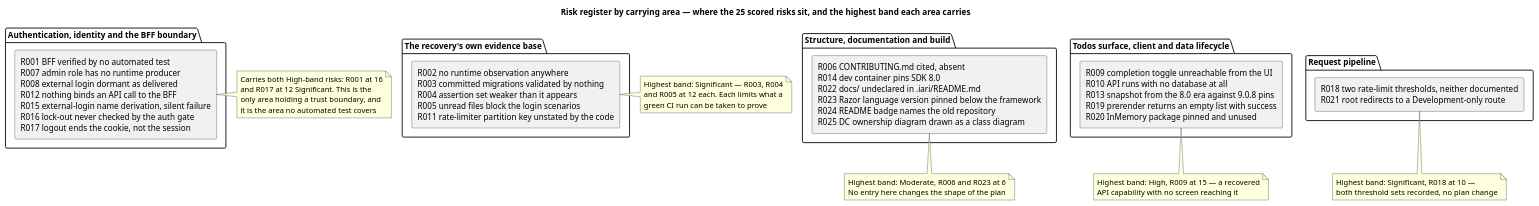
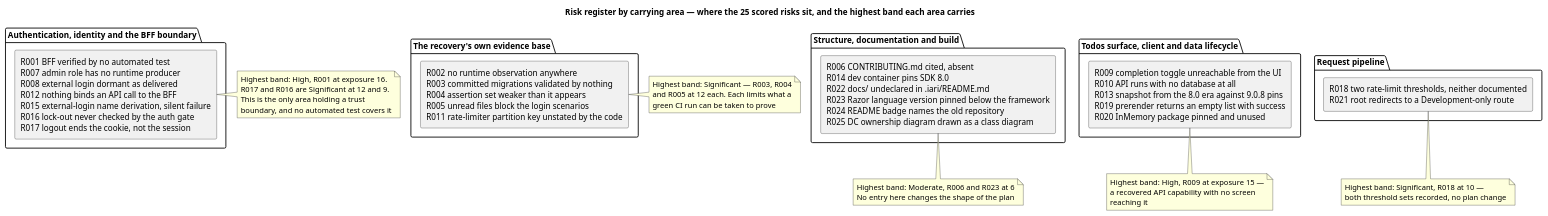
The second of 2 diagrams in docs/artifacts/project-management/risk-list.md (banense-test/TodoApp), drawn with PlantUML before and after one commit.

Commit message:
Project Manager [Survey1]: upsert Risk List
[skip ci]

````diff
--- a/docs/artifacts/project-management/risk-list.md
+++ b/docs/artifacts/project-management/risk-list.md
@@ -102,51 +102,52 @@
 ```plantuml
 @startuml
 title Risk register by carrying area — where the 25 scored risks sit, and the highest band each area carries
 skinparam componentStyle rectangle
 skinparam shadowing false
 
 package "Authentication, identity and the BFF boundary" {
   component "R001 BFF verified by no automated test\nR007 admin role has no runtime producer\nR008 external login dormant as delivered\nR012 nothing binds an API call to the BFF\nR015 external-login name derivation, silent failure\nR016 lock-out never checked by the auth gate\nR017 logout ends the cookie, not the session" as A
 }
 
 package "The recovery's own evidence base" {
   component "R002 no runtime observation anywhere\nR003 committed migrations validated by nothing\nR004 assertion set weaker than it appears\nR005 unread files block the login scenarios\nR011 rate-limiter partition key unstated by the code" as B
 }
 
 package "Structure, documentation and build" {
   component "R006 CONTRIBUTING.md cited, absent\nR014 dev container pins SDK 8.0\nR022 docs/ undeclared in .iari/README.md\nR023 Razor language version pinned below the framework\nR024 README badge names the old repository\nR025 DC ownership diagram drawn as a class diagram" as C
 }
 
 package "Todos surface, client and data lifecycle" {
   component "R009 completion toggle unreachable from the UI\nR010 API runs with no database at all\nR013 snapshot from the 8.0 era against 9.0.8 pins\nR019 prerender returns an empty list with success\nR020 InMemory package pinned and unused" as D
 }
 
 package "Request pipeline" {
   component "R018 two rate-limit thresholds, neither documented\nR021 root redirects to a Development-only route" as E
 }
 
 note right of A
-  Carries both High-band risks: R001 at 16
-  and R017 at 12 Significant. This is the
-  only area holding a trust boundary, and
-  it is the area no automated test covers
+  Highest band: High, R001 at exposure 16.
+  R017 and R016 are Significant at 12 and 9.
+  This is the only area holding a trust
+  boundary, and no automated test covers it
 end note
 note right of B
   Highest band: Significant — R003, R004
   and R005 at 12 each. Each limits what a
   green CI run can be taken to prove
 end note
 note bottom of C
   Highest band: Moderate, R006 and R023 at 6
   No entry here changes the shape of the plan
 end note
 note bottom of D
-  Highest band: High, R009 at 15 — a recovered
-  API capability with no screen reaching it
+  Highest band: High, R009 at exposure 15 —
+  a recovered API capability with no screen
+  reaching it
 end note
 note bottom of E
   Highest band: Significant, R018 at 10 —
   both threshold sets recorded, no plan change
 end note
 @enduml
 ```
````
